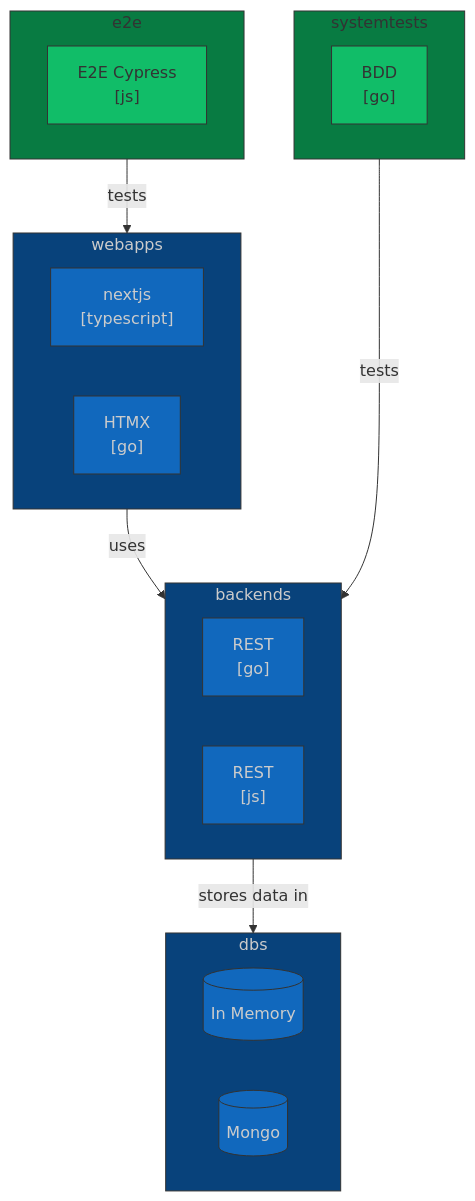
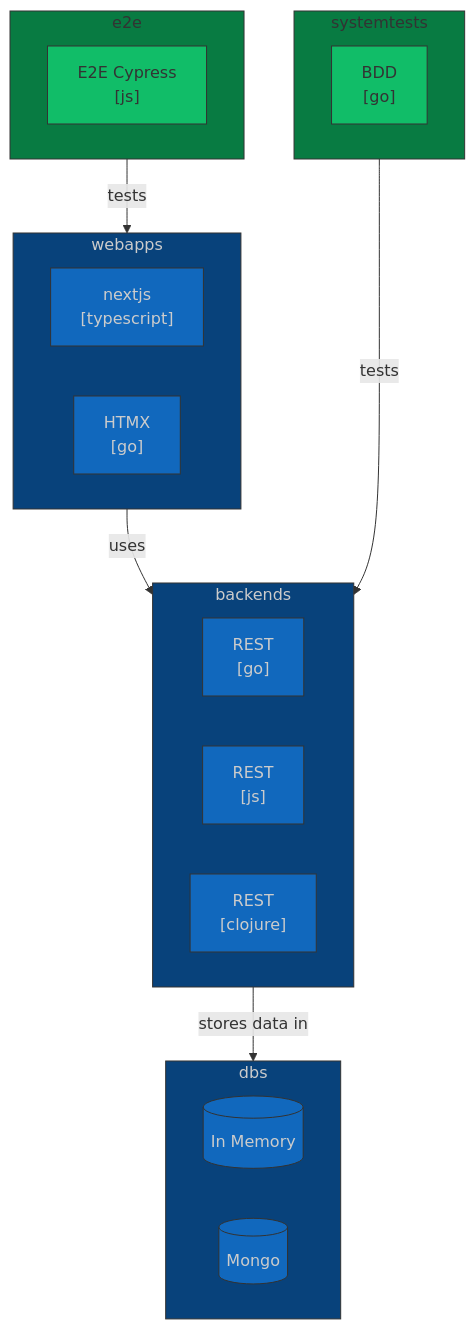
One commit to tonitienda/kadai changed the diagram in diagram.mmd. Above: the diagram before and after it, drawn with Mermaid. The commit also changed 6 other files, not shown here.

```diff
--- a/diagram.mmd
+++ b/diagram.mmd
@@ -1,59 +1,62 @@
 
 flowchart TD
 
 subgraph webapps
   
      nextjs["nextjs
      [typescript]
      "]
 
      htmx-go["HTMX
      [go]
      "]
 end
 
 subgraph backends
   
      go["REST
      [go]"]
 
      js["REST
      [js]"]
+
+     clojure["REST
+     [clojure]"]
 end
 
 subgraph dbs
     
        inmemory[("In Memory")]
 
        mongo[("Mongo")]
 end
 
 subgraph e2e
       
          cypress["E2E Cypress
          [js]"]
 end
 
 subgraph systemtests
       
          bdd-go["BDD
          [go]"]
 end
 
 webapps -- uses --> backends
 backends -- "stores data in" --> dbs
 
 e2e -- tests --> webapps
 systemtests -- tests ---> backends
 
 
 classDef Tier fill:#08427b,color:#ccc,stroke:#333
 classDef Service fill:#1168bd,color:#ccc,stroke:#333
 classDef Tests fill:#087b42,color:#333,stroke:#333
 classDef TestService fill:#11bd68,color:#333,stroke:#333
 
 
 class e2e,systemtests Tests
 class webapps,backends,dbs Tier
-class nextjs,htmx-go,go,js,inmemory,mongo Service
+class nextjs,htmx-go,go,js,clojure,inmemory,mongo Service
 class cypress,bdd-go TestService
```
